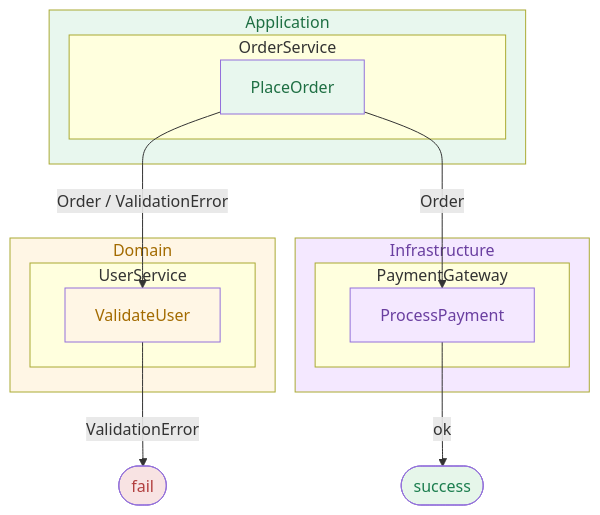
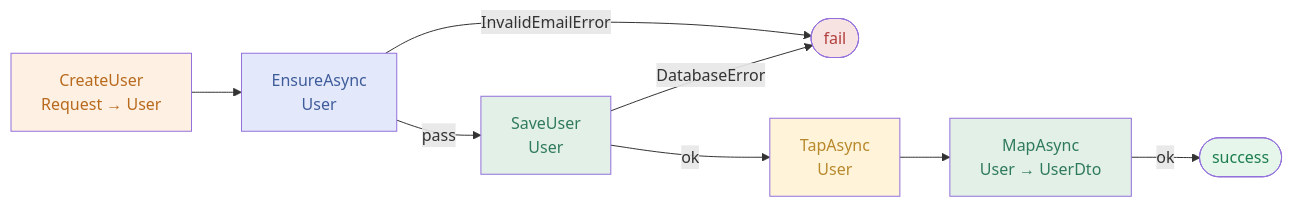
One commit to reslava/nuget-package-reslava-result changed the diagram in docs/nuget/README.REslava.Result.Flow.md. Above: the diagram before and after it, drawn with Mermaid. The commit also changed other lines of this file and 1 other file, not shown here.

Commit message:
fix: simplify NuGet README Mermaid diagrams — remove unsupported subgraphs, class directives and hexagon shapes

````diff
--- a/docs/nuget/README.REslava.Result.Flow.md
+++ b/docs/nuget/README.REslava.Result.Flow.md
@@ -56,39 +56,26 @@
 ```mermaid
-flowchart TD
+flowchart LR
+  N0_CreateUser["CreateUser<br/>Request → User"]:::operation
+  N1_EnsureAsync["EnsureAsync<br/>User"]:::gatekeeper
+  N2_SaveUser["SaveUser<br/>User"]:::transform
+  N3_TapAsync["TapAsync<br/>User"]:::sideeffect
+  N4_MapAsync["MapAsync<br/>User → UserDto"]:::transform
+  N4_MapAsync -->|ok| SUCCESS
 
-  subgraph Application["Application"]
-    subgraph OrderService["OrderService"]
-      N_PlaceOrder["PlaceOrder"]:::layerApp
-    end
-  end
-
-  subgraph Domain["Domain"]
-    subgraph UserService["UserService"]
-      N_ValidateUser["ValidateUser"]:::layerDomain
-    end
-  end
-
-  subgraph Infrastructure["Infrastructure"]
-    subgraph PaymentGateway["PaymentGateway"]
-      N_ProcessPayment["ProcessPayment"]:::layerInfra
-    end
-  end
-
-  N_PlaceOrder -->|"Order / ValidationError"| N_ValidateUser
-  N_PlaceOrder -->|"Order"| N_ProcessPayment
-  N_ValidateUser -->|"ValidationError"| FAIL
-  N_ProcessPayment -->|ok| SUCCESS
+  N0_CreateUser --> N1_EnsureAsync
+  N1_EnsureAsync -->|InvalidEmailError| FAIL
+  N1_EnsureAsync -->|pass| N2_SaveUser
+  N2_SaveUser -->|DatabaseError| FAIL
+  N2_SaveUser -->|ok| N3_TapAsync
+  N3_TapAsync --> N4_MapAsync
 
   FAIL([fail]):::failure
   SUCCESS([success]):::success
 
-  classDef layerApp    fill:#e8f7ee,color:#1e6f43
-  classDef layerDomain fill:#fff6e5,color:#a36b00
-  classDef layerInfra  fill:#f4e8ff,color:#6a3fa0
-  classDef failure     fill:#f8e3e3,color:#b13e3e
-  classDef success     fill:#e6f6ea,color:#1c7e4f
-
-  class Application layerApp
-  class Domain layerDomain
-  class Infrastructure layerInfra
+  classDef operation  fill:#fef0e3,color:#b86a1c
+  classDef gatekeeper fill:#e3e9fa,color:#3f5c9a
+  classDef transform  fill:#e3f0e8,color:#2f7a5c
+  classDef sideeffect fill:#fff4d9,color:#b8882c
+  classDef failure    fill:#f8e3e3,color:#b13e3e
+  classDef success    fill:#e6f6ea,color:#1c7e4f
 ```
````
